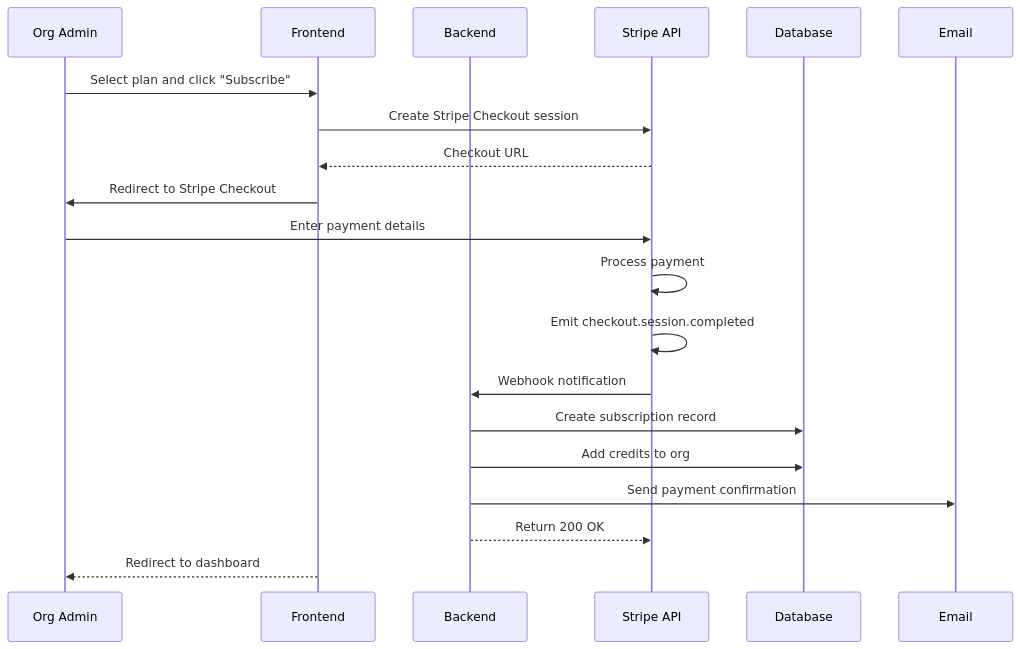
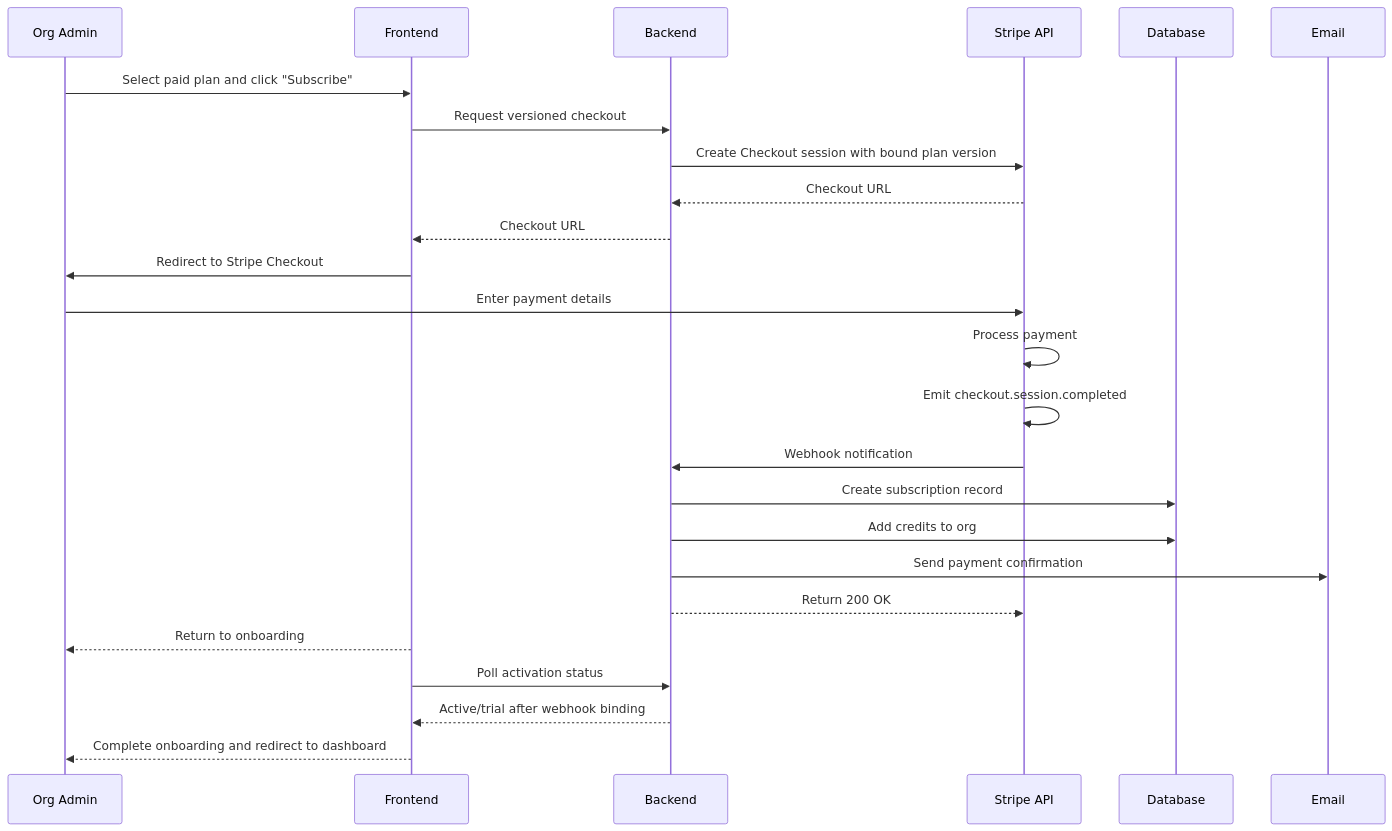
Before and after one commit to gauravdhiman/a1-voice-agent-platform: the third of 5 diagrams in docs/02_features/billing/overview.md, drawn with Mermaid. The commit also changed other lines of this file and 35 other files, not shown here.

````diff
--- a/docs/02_features/billing/overview.md
+++ b/docs/02_features/billing/overview.md
@@ -166,23 +197,28 @@
 ```mermaid
 sequenceDiagram
     participant Admin as Org Admin
     participant FE as Frontend
     participant BE as Backend
     participant Stripe as Stripe API
     participant DB as Database
     participant Email as Email
 
-    Admin->>FE: Select plan and click "Subscribe"
-    FE->>Stripe: Create Stripe Checkout session
-    Stripe-->>FE: Checkout URL
+    Admin->>FE: Select paid plan and click "Subscribe"
+    FE->>BE: Request versioned checkout
+    BE->>Stripe: Create Checkout session with bound plan version
+    Stripe-->>BE: Checkout URL
+    BE-->>FE: Checkout URL
     FE->>Admin: Redirect to Stripe Checkout
     Admin->>Stripe: Enter payment details
     Stripe->>Stripe: Process payment
     Stripe->>Stripe: Emit checkout.session.completed
     Stripe->>BE: Webhook notification
     BE->>DB: Create subscription record
     BE->>DB: Add credits to org
     BE->>Email: Send payment confirmation
     BE-->>Stripe: Return 200 OK
-    FE-->>Admin: Redirect to dashboard
+    FE-->>Admin: Return to onboarding
+    FE->>BE: Poll activation status
+    BE-->>FE: Active/trial after webhook binding
+    FE-->>Admin: Complete onboarding and redirect to dashboard
 ```
````
